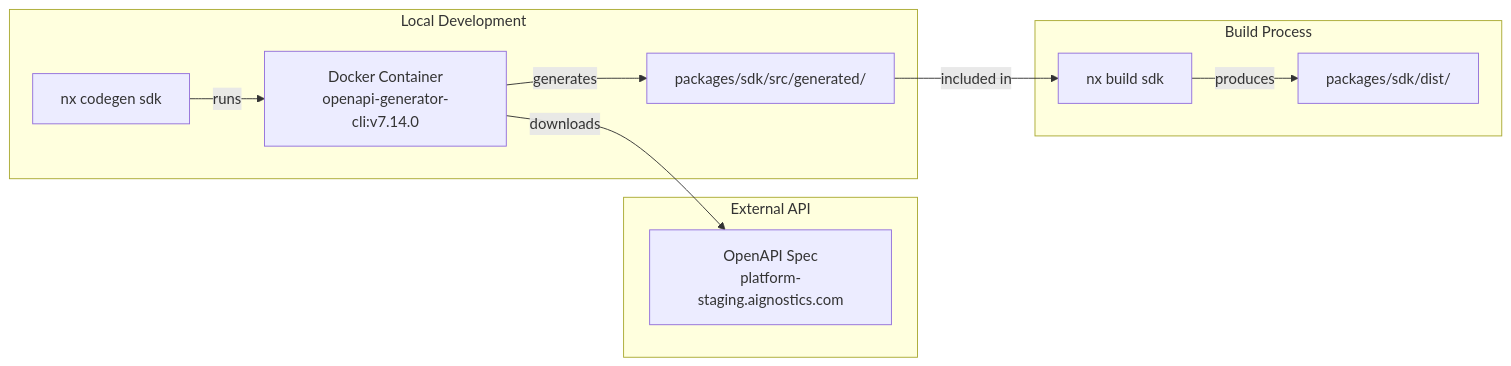
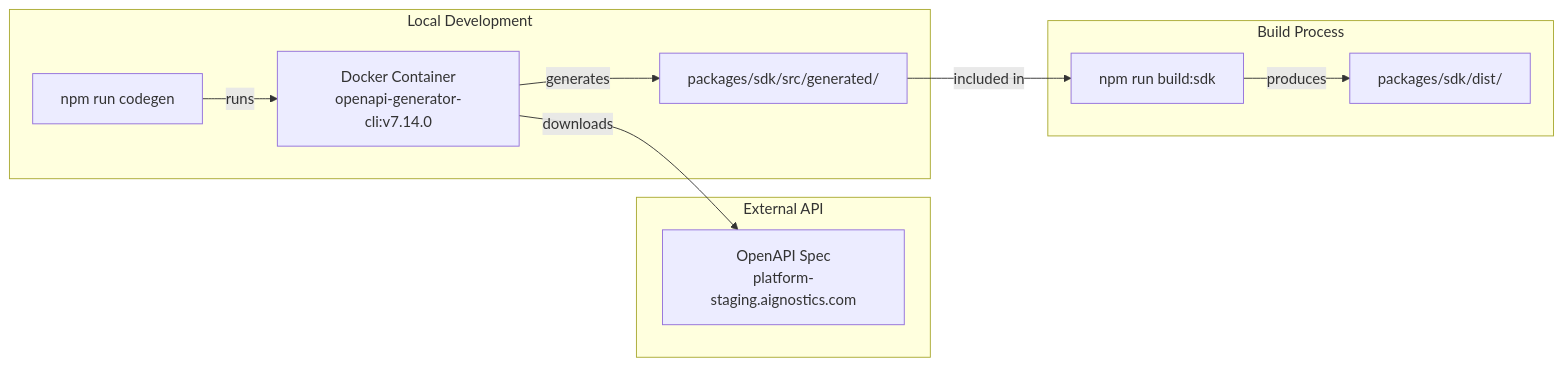
One commit to aignostics/typescript-sdk changed diagram 13 of 15 in docs/SOFTWARE_ARCHITECTURE.md. Above: the diagram before and after it, drawn with Mermaid. The commit also changed other lines of this file and 20 other files, not shown here.

````diff
--- a/docs/SOFTWARE_ARCHITECTURE.md
+++ b/docs/SOFTWARE_ARCHITECTURE.md
@@ -621,23 +621,23 @@
 ```mermaid
 graph LR
     subgraph "External API"
         SPEC[OpenAPI Spec<br/>platform-staging.aignostics.com]
     end
     
     subgraph "Local Development"
-        CMD[nx codegen sdk]
+        CMD[npm run codegen]
         DOCKER[Docker Container<br/>openapi-generator-cli:v7.14.0]
         GEN[packages/sdk/src/generated/]
     end
     
     subgraph "Build Process"
-        BUILD[nx build sdk]
+        BUILD[npm run build:sdk]
         DIST[packages/sdk/dist/]
     end
     
     CMD -->|runs| DOCKER
     DOCKER -->|downloads| SPEC
     DOCKER -->|generates| GEN
     GEN -->|included in| BUILD
     BUILD -->|produces| DIST
 ```
````
